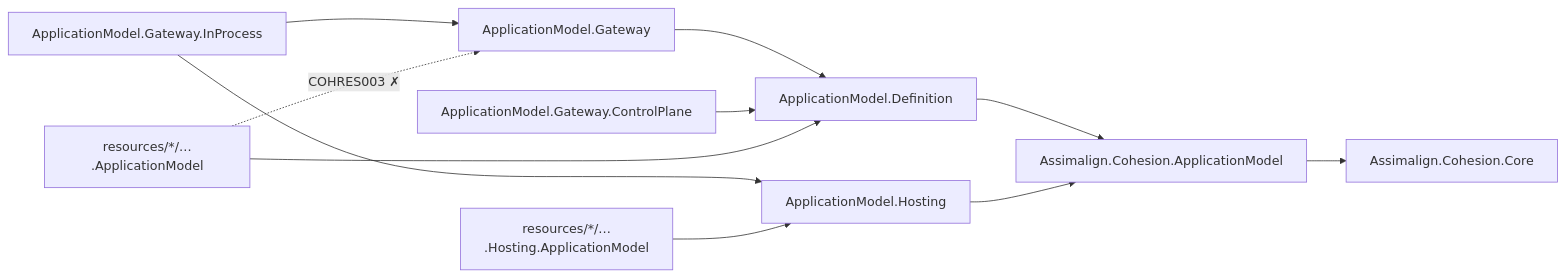
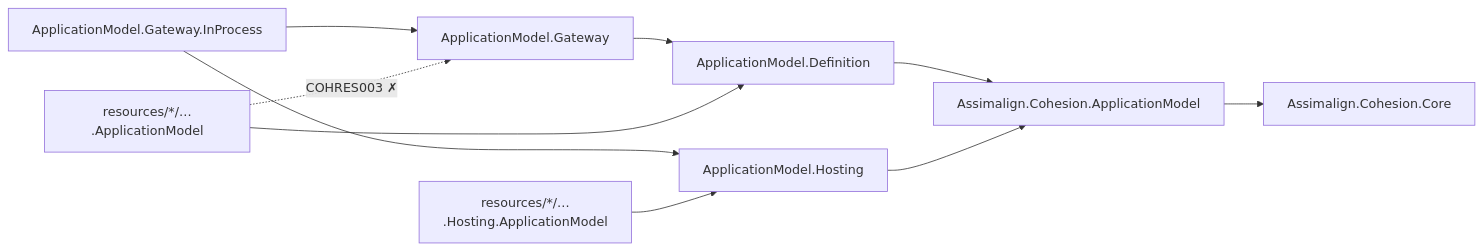
One commit to assimalign/cohesion changed the diagram in libraries/ApplicationModel/README.md. Above: the diagram before and after it, drawn with Mermaid. The commit also changed other lines of this file and 49 other files, not shown here.

First line of the commit message:
refactor(application-model): remove the retired gateway control plane

````diff
--- a/libraries/ApplicationModel/README.md
+++ b/libraries/ApplicationModel/README.md
@@ -38,13 +39,12 @@
 ```mermaid
 flowchart LR
     Definition["ApplicationModel.Definition"] --> Contracts["Assimalign.Cohesion.ApplicationModel"]
     Hosting["ApplicationModel.Hosting"] --> Contracts
     Contracts --> Core["Assimalign.Cohesion.Core"]
     Gateway["ApplicationModel.Gateway"] --> Definition
     InProcess["ApplicationModel.Gateway.InProcess"] --> Gateway
     InProcess --> Hosting
-    ControlPlane["ApplicationModel.Gateway.ControlPlane"] --> Definition
     AreaModel["resources/*/…​.ApplicationModel"] --> Definition
     AreaHosting["resources/*/…​.Hosting.ApplicationModel"] --> Hosting
     AreaModel -.->|"COHRES003 ✗"| Gateway
 ```
````
